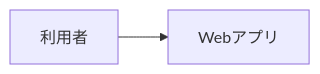
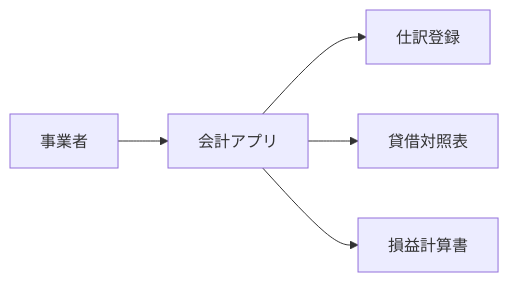
Before and after one commit to akichko/aidevtemplate: the diagram in docs/requirements/overview.md, drawn with Mermaid. The commit also changed other lines of this file and 10 other files, not shown here.

````diff
--- a/docs/requirements/overview.md
+++ b/docs/requirements/overview.md
@@ -21,4 +28,7 @@
 ```mermaid
 flowchart LR
-    User[利用者] --> App[Webアプリ]
+        User[事業者] --> App[会計アプリ]
+        App --> Journal[仕訳登録]
+        App --> BS[貸借対照表]
+        App --> PL[損益計算書]
 ```
````
